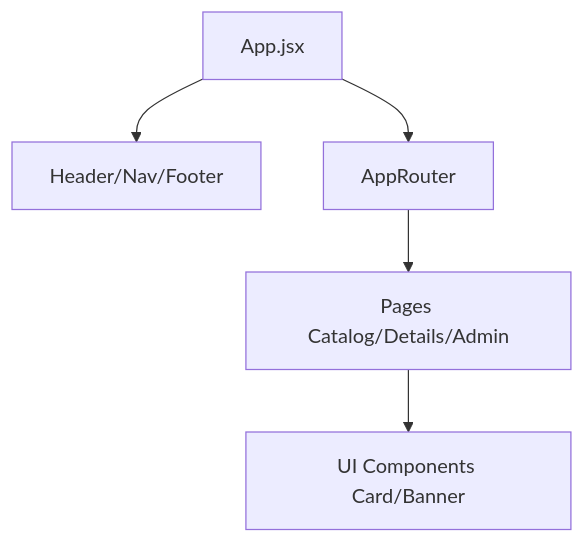
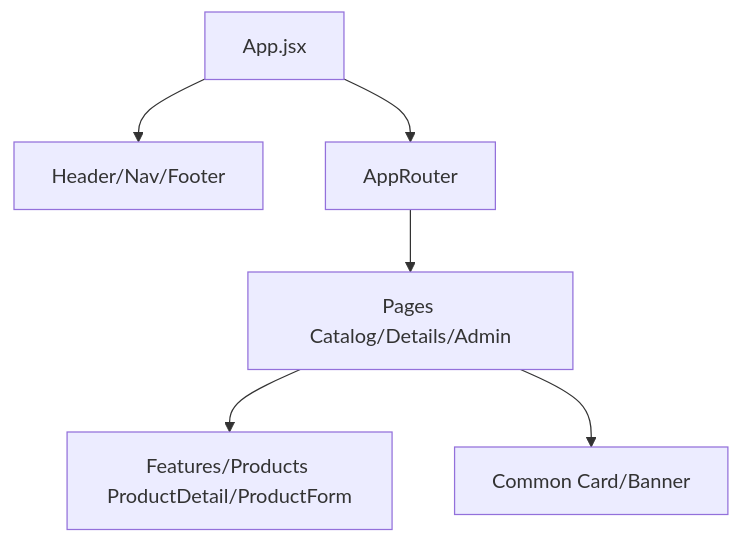
One commit to 39Luka/din_apiMongo_frontend changed the diagram in bakery/docusaurus-docs/docs/architecture.md. Above: the diagram before and after it, drawn with Mermaid. The commit also changed other lines of this file and 65 other files, not shown here.

````diff
--- a/bakery/docusaurus-docs/docs/architecture.md
+++ b/bakery/docusaurus-docs/docs/architecture.md
@@ -9,7 +9,8 @@
 ```mermaid
 graph TD
     Root[App.jsx] --> Layout[Header/Nav/Footer]
     Root --> Router[AppRouter]
     Router --> Pages[Pages Catalog/Details/Admin]
-    Pages --> UI[UI Components Card/Banner]
+    Pages --> Features[Features/Products ProductDetail/ProductForm]
+    Pages --> Common[Common Card/Banner]
 ```
````
